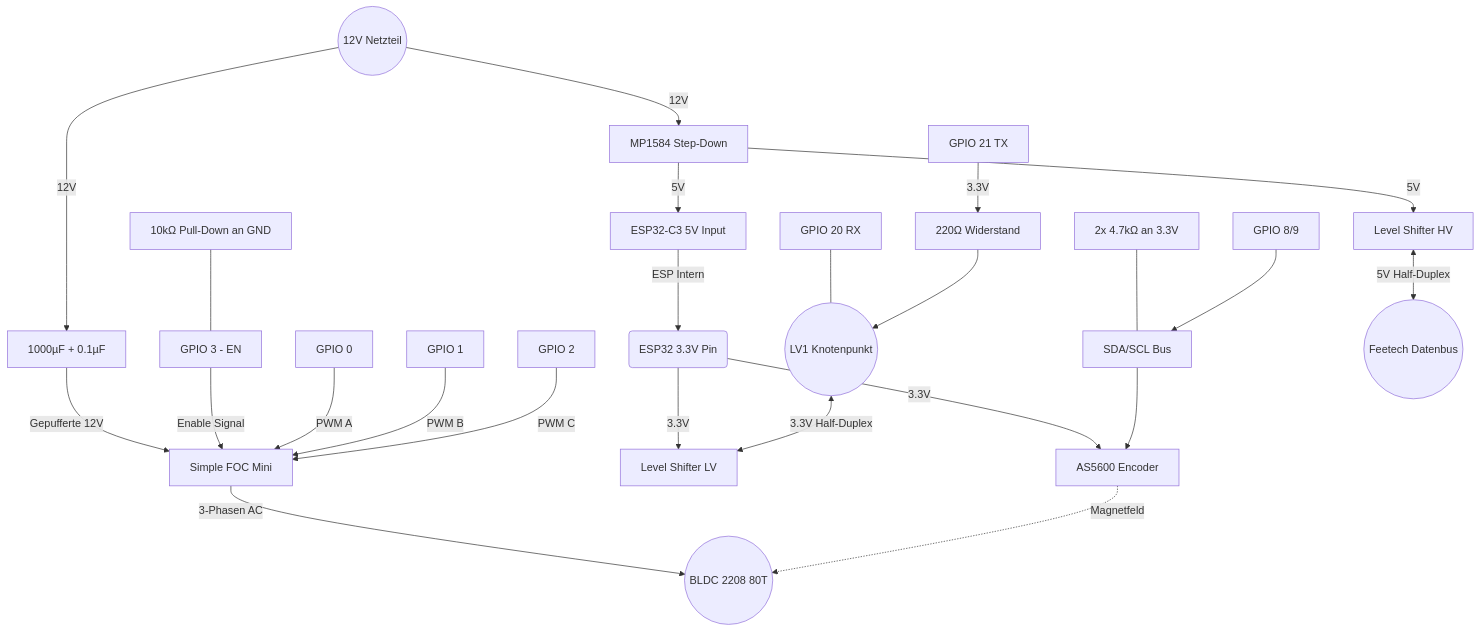
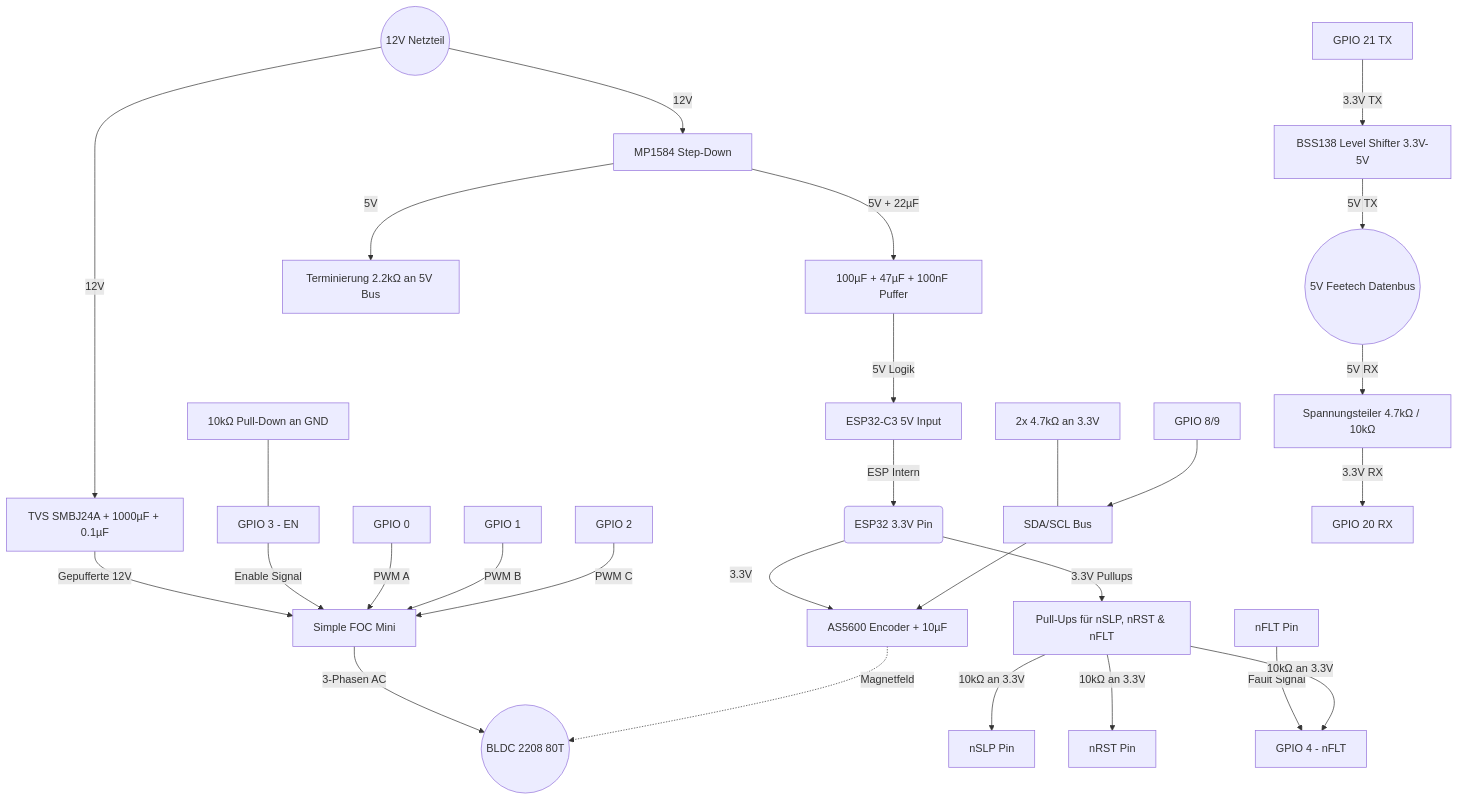
The diagram in 02_Schaltplan_Hardware.md (pfeifferandreas1985-create/Smart-BLDC-Servo), drawn with Mermaid before and after one commit. The commit also changed other lines of this file and 4 other files, not shown here.

Commit message:
Update hardware schematic, wiring specs, and firmware with approved protection circuits and split-path level-shifter

````diff
--- a/02_Schaltplan_Hardware.md
+++ b/02_Schaltplan_Hardware.md
@@ -50,39 +75,45 @@
 ```mermaid
 graph TD
     %% Stromversorgung
-    PSU((12V Netzteil)) -->|12V| CAPS[1000µF + 0.1µF]
-    CAPS -->|Gepufferte 12V| FOC[Simple FOC Mini]
+    PSU((12V Netzteil)) -->|12V| TVS[TVS SMBJ24A + 1000µF + 0.1µF]
+    TVS -->|Gepufferte 12V| FOC[Simple FOC Mini]
     PSU -->|12V| BUCK[MP1584 Step-Down]
-    BUCK -->|5V| ESP_5V[ESP32-C3 5V Input]
-    BUCK -->|5V| SHIFTER_HV[Level Shifter HV]
+    BUCK -->|5V + 22µF| ESP_P_BUFF[100µF + 47µF + 100nF Puffer]
+    ESP_P_BUFF -->|5V Logik| ESP_5V[ESP32-C3 5V Input]
+    BUCK -->|5V| SHIFTER_HV[Terminierung 2.2kΩ an 5V Bus]
     
     %% Logikspannung
     ESP_5V -->|ESP Intern| ESP3V3(ESP32 3.3V Pin)
-    ESP3V3 -->|3.3V| SHIFTER_LV[Level Shifter LV]
-    ESP3V3 -->|3.3V| AS5600[AS5600 Encoder]
+    ESP3V3 -->|3.3V| AS5600[AS5600 Encoder + 10µF]
+    ESP3V3 -->|3.3V Pullups| PU_CTRL[Pull-Ups für nSLP, nRST & nFLT]
     
-    %% Boot-Safe
+    %% Treiber Aktivierung & Fault
+    PU_CTRL -->|10kΩ an 3.3V| FOC_nSLP[nSLP Pin]
+    PU_CTRL -->|10kΩ an 3.3V| FOC_nRST[nRST Pin]
+    FOC_nFLT[nFLT Pin] -->|Fault Signal| ESP_GPIO4[GPIO 4 - nFLT]
+    PU_CTRL -->|10kΩ an 3.3V| ESP_GPIO4
+    
+    %% Boot-Safe Enable
     PD_EN[10kΩ Pull-Down an GND] --- ESP_GPIO3[GPIO 3 - EN]
     ESP_GPIO3 -->|Enable Signal| FOC
     
     %% PWM Signale
     ESP_GPIO0[GPIO 0] -->|PWM A| FOC
     ESP_GPIO1[GPIO 1] -->|PWM B| FOC
     ESP_GPIO2[GPIO 2] -->|PWM C| FOC
     
     %% I2C mit Pullups
     PU_I2C[2x 4.7kΩ an 3.3V] --- I2C_BUS[SDA/SCL Bus]
     ESP_GPIO8_9[GPIO 8/9] --> I2C_BUS
     I2C_BUS --> AS5600
     
     %% Motor
     FOC -->|3-Phasen AC| MOTOR((BLDC 2208 80T))
     AS5600 -.->|Magnetfeld| MOTOR
     
-    %% Feetech Kommunikation
-    ESP_TX[GPIO 21 TX] -->|3.3V| R_BUS[220Ω Widerstand]
-    ESP_RX[GPIO 20 RX] --- NODE_LV1((LV1 Knotenpunkt))
-    R_BUS --> NODE_LV1
-    NODE_LV1 <-->|3.3V Half-Duplex| SHIFTER_LV
-    SHIFTER_HV <-->|5V Half-Duplex| FEETECH((Feetech Datenbus))
+    %% Feetech Kommunikation Split-Path
+    ESP_TX[GPIO 21 TX] -->|3.3V TX| LS_TX[BSS138 Level Shifter 3.3V-5V]
+    LS_TX -->|5V TX| FT_BUS((5V Feetech Datenbus))
+    FT_BUS -->|5V RX| DIV_RX[Spannungsteiler 4.7kΩ / 10kΩ]
+    DIV_RX -->|3.3V RX| ESP_RX[GPIO 20 RX]
 ```
````
